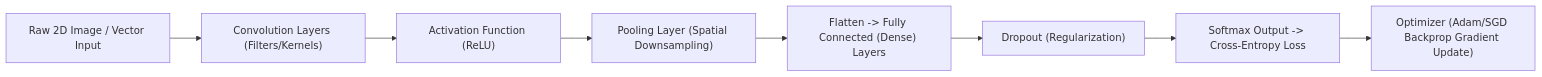
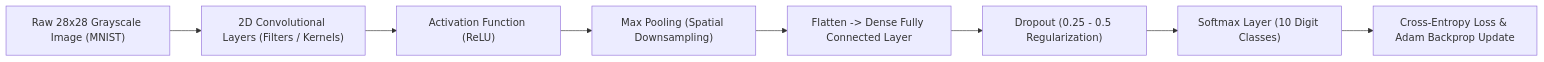
One commit to prakruthidevanga/Deep-Learning- changed the diagram in README.md. Above: the diagram before and after it, drawn with Mermaid. The commit also changed other lines of this file, not shown here.

Commit message:
docs: modernize README with violet waving banner, CNN workflow diagram, and structured TOC

````diff
--- a/README.md
+++ b/README.md
@@ -38,10 +80,10 @@
 ```mermaid
 flowchart LR
-    A["Raw 2D Image / Vector Input"] --> B["Convolution Layers (Filters/Kernels)"]
+    A["Raw 28x28 Grayscale Image (MNIST)"] --> B["2D Convolutional Layers (Filters / Kernels)"]
     B --> C["Activation Function (ReLU)"]
-    C --> D["Pooling Layer (Spatial Downsampling)"]
-    D --> E["Flatten -> Fully Connected (Dense) Layers"]
-    E --> F["Dropout (Regularization)"]
-    F --> G["Softmax Output -> Cross-Entropy Loss"]
-    G --> H["Optimizer (Adam/SGD Backprop Gradient Update)"]
+    C --> D["Max Pooling (Spatial Downsampling)"]
+    D --> E["Flatten -> Dense Fully Connected Layer"]
+    E --> F["Dropout (0.25 - 0.5 Regularization)"]
+    F --> G["Softmax Layer (10 Digit Classes)"]
+    G --> H["Cross-Entropy Loss & Adam Backprop Update"]
 ```
````
